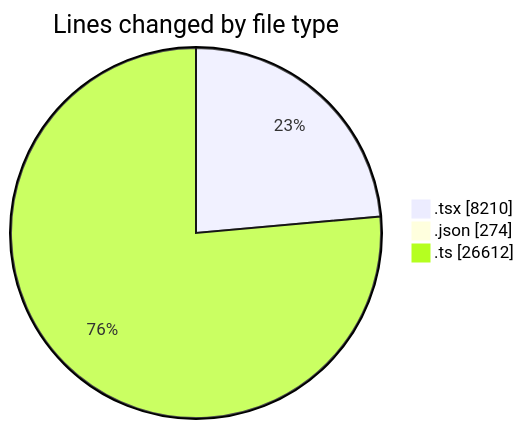
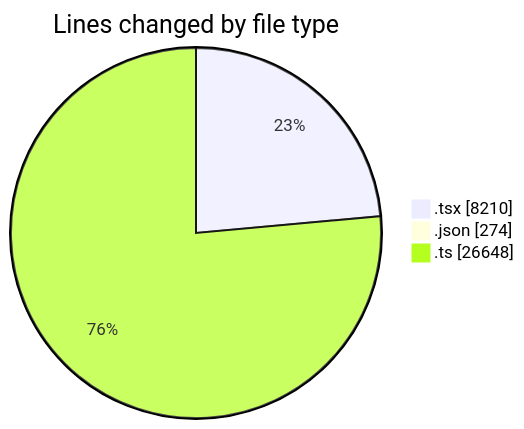
One commit to momahboobian/code-tracking changed the first of 2 diagrams in 2026-11-13/broadcaster-v6-feature/README.md. Above: the diagram before and after it, drawn with Mermaid. The commit also changed other lines of this file and 1 other file, not shown here.

````diff
--- a/2026-11-13/broadcaster-v6-feature/README.md
+++ b/2026-11-13/broadcaster-v6-feature/README.md
@@ -56,7 +58,7 @@
 ```mermaid
 pie showData
 title Lines changed by file type
 ".tsx" : 8210
 ".json" : 274
-".ts" : 26612
+".ts" : 26648
 ```
````
